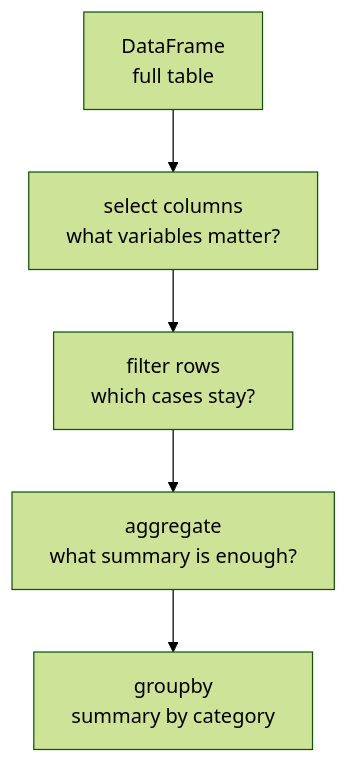
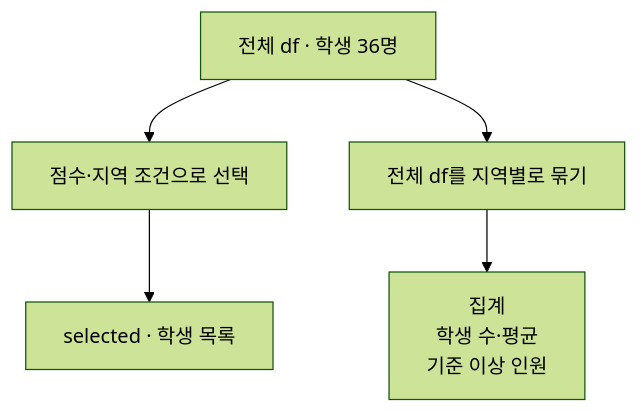
Before and after one commit to devchan64/AiBook: the diagram in docs/assets/part-02/chapter-12/table-processing-flow-ko.mmd, drawn with Mermaid (forest theme). The commit also changed 26 other files, not shown here.

```diff
--- a/docs/assets/part-02/chapter-12/table-processing-flow-ko.mmd
+++ b/docs/assets/part-02/chapter-12/table-processing-flow-ko.mmd
@@ -1,8 +1,4 @@
 flowchart TD
-    frame["DataFrame<br/>full table"]
-    select["select columns<br/>what variables matter?"]
-    filter["filter rows<br/>which cases stay?"]
-    agg["aggregate<br/>what summary is enough?"]
-    group["groupby<br/>summary by category"]
-
-    frame --> select --> filter --> agg --> group
+    a["전체 df · 학생 36명"]
+    a --> b["점수·지역 조건으로 선택"] --> c["selected · 학생 목록"]
+    a --> d["전체 df를 지역별로 묶기"] --> e["집계<br/>학생 수·평균<br/>기준 이상 인원"]
```
